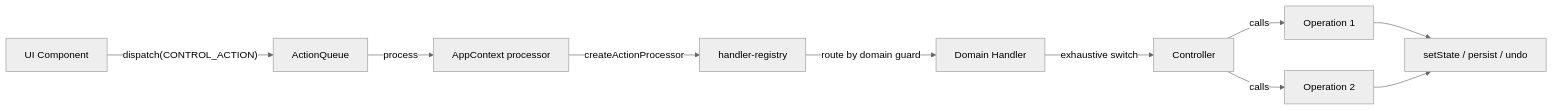
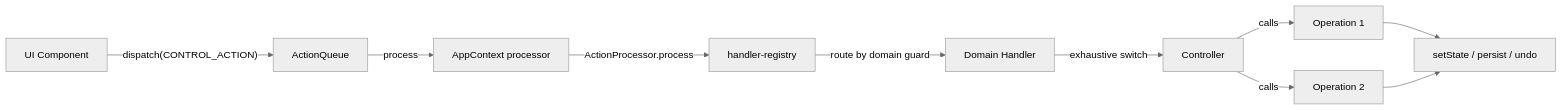
One commit to Dangerdan9631/Vayeate changed the diagram in .cursor/rules/vayeate-theme-studio-action-queue.mdc. Above: the diagram before and after it, drawn with Mermaid (neutral theme). The commit also changed other lines of this file and 18 other files, not shown here.

````diff
--- a/.cursor/rules/vayeate-theme-studio-action-queue.mdc
+++ b/.cursor/rules/vayeate-theme-studio-action-queue.mdc
@@ -32,12 +32,12 @@
 ```mermaid
 flowchart LR
   UI[UI Component] -->|"dispatch(CONTROL_ACTION)"| Queue[ActionQueue]
   Queue -->|"process"| Context[AppContext processor]
-  Context -->|"createActionProcessor"| Registry[handler-registry]
+  Context -->|"ActionProcessor.process"| Registry[handler-registry]
   Registry -->|"route by domain guard"| Handler[Domain Handler]
   Handler -->|"exhaustive switch"| Controller[Controller]
   Controller -->|"calls"| Op1[Operation 1]
   Controller -->|"calls"| Op2[Operation 2]
   Op1 --> State[setState / persist / undo]
   Op2 --> State
 ```
````
